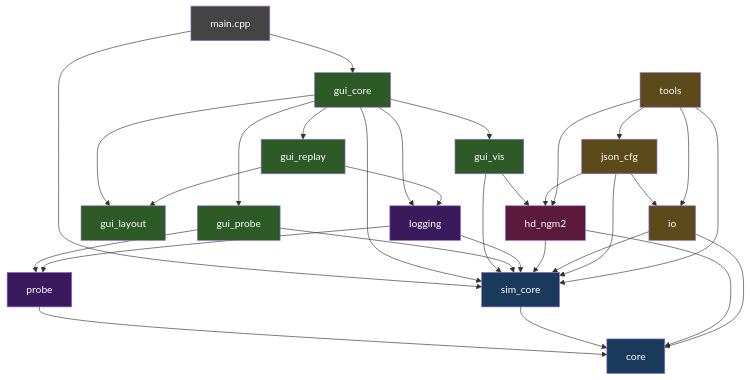
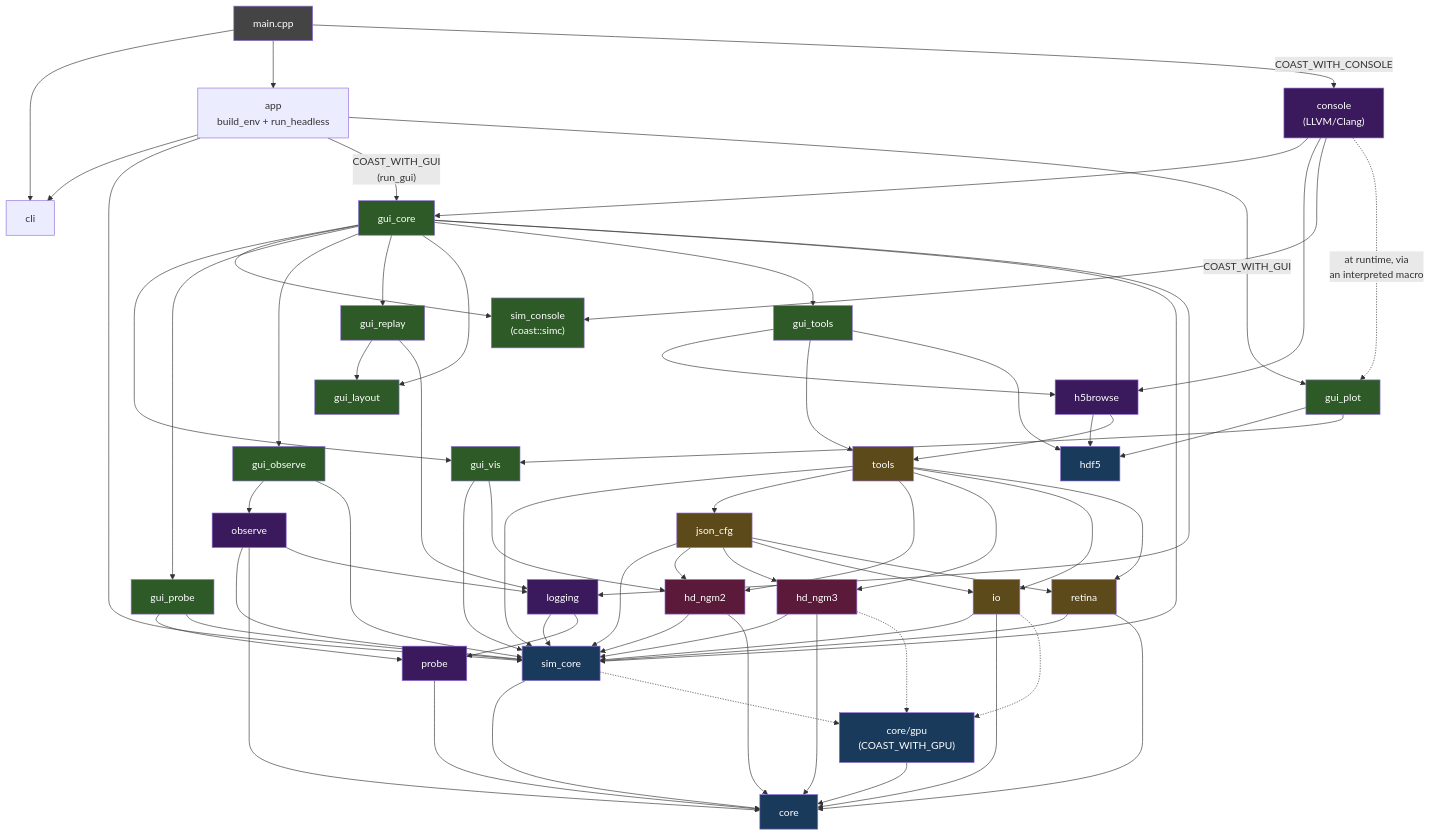
The diagram in docs/content/architecture/_index.md (policecar/coast), drawn with Mermaid before and after one commit. The commit also changed other lines of this file and 929 other files, not shown here.

````diff
--- a/docs/content/architecture/_index.md
+++ b/docs/content/architecture/_index.md
@@ -12,14 +82,41 @@
 ```mermaid
 graph TD
-    main["main.cpp"] --> gui_core
-    main --> sim_core
+    main["main.cpp"] --> cli
+    main --> app
+    main -->|"COAST_WITH_CONSOLE"| console
+
+    cli["cli"]
+    app["app<br/>build_env + run_headless"] --> cli
+    app --> sim_core
+    app -->|"COAST_WITH_GUI<br/>(run_gui)"| gui_core
+    app -->|"COAST_WITH_GUI"| gui_plot
+
+    console["console<br/>(LLVM/Clang)"] --> gui_core
+    console --> h5browse
+    console --> sim_console
+    console -.->|"at runtime, via<br/>an interpreted macro"| gui_plot
+
+    sim_console["sim_console<br/>(coast::simc)"]
+
+    gui_plot["gui_plot"] --> hdf5
+    gui_plot --> gui_vis
 
     gui_core["gui_core"] --> gui_vis
+    gui_core --> sim_console
     gui_core --> gui_probe
+    gui_core --> gui_observe
     gui_core --> gui_replay
     gui_core --> gui_layout
+    gui_core --> gui_tools
     gui_core --> sim_core
     gui_core --> logging
+
+    gui_tools["gui_tools"] --> h5browse
+    gui_tools --> tools
+    gui_tools --> hdf5
+
+    h5browse["h5browse"] --> hdf5
+    h5browse --> tools
 
     gui_vis["gui_vis"] --> sim_core
     gui_vis --> hd_ngm2
@@ -27,12 +124,19 @@
     gui_probe["gui_probe"] --> probe
     gui_probe --> sim_core
 
+    gui_observe["gui_observe"] --> observe
+    gui_observe --> sim_core
+
     gui_replay["gui_replay"] --> gui_layout
     gui_replay --> logging
 
     gui_layout["gui_layout"]
 
     probe["probe"] --> core
+
+    observe["observe"] --> sim_core
+    observe --> core
+    observe --> logging
 
     logging["logging"] --> sim_core
     logging --> probe
@@ -42,17 +146,32 @@
     hd_ngm2["hd_ngm2"] --> sim_core
     hd_ngm2 --> core
 
+    hd_ngm3["hd_ngm3"] --> sim_core
+    hd_ngm3 --> core
+    hd_ngm3 -.-> core_gpu
+
     io["io"] --> sim_core
     io --> core
+    io -.-> core_gpu
 
     json_cfg["json_cfg"] --> sim_core
     json_cfg --> hd_ngm2
+    json_cfg --> hd_ngm3
     json_cfg --> io
+    json_cfg --> retina
+
+    retina["retina"] --> sim_core
+    retina --> core
 
     tools["tools"] --> sim_core
     tools --> json_cfg
     tools --> hd_ngm2
+    tools --> hd_ngm3
     tools --> io
+    tools --> retina
+
+    sim_core -.-> core_gpu
+    core_gpu["core/gpu<br/>(COAST_WITH_GPU)"] --> core
 
     core["core"]
 
@@ -60,13 +179,24 @@
     style gui_core fill:#2d5a27,color:#fff
     style gui_vis fill:#2d5a27,color:#fff
     style gui_probe fill:#2d5a27,color:#fff
+    style gui_observe fill:#2d5a27,color:#fff
     style gui_replay fill:#2d5a27,color:#fff
     style gui_layout fill:#2d5a27,color:#fff
+    style gui_tools fill:#2d5a27,color:#fff
+    style gui_plot fill:#2d5a27,color:#fff
+    style sim_console fill:#2d5a27,color:#fff
+    style console fill:#3a1a5c,color:#fff
     style sim_core fill:#1a3a5c,color:#fff
     style hd_ngm2 fill:#5c1a3a,color:#fff
+    style hd_ngm3 fill:#5c1a3a,color:#fff
+    style core_gpu fill:#1a3a5c,color:#fff
     style io fill:#5c4a1a,color:#fff
+    style retina fill:#5c4a1a,color:#fff
     style probe fill:#3a1a5c,color:#fff
+    style observe fill:#3a1a5c,color:#fff
     style logging fill:#3a1a5c,color:#fff
+    style h5browse fill:#3a1a5c,color:#fff
+    style hdf5 fill:#1a3a5c,color:#fff
     style json_cfg fill:#5c4a1a,color:#fff
     style tools fill:#5c4a1a,color:#fff
     style core fill:#1a3a5c,color:#fff
````
